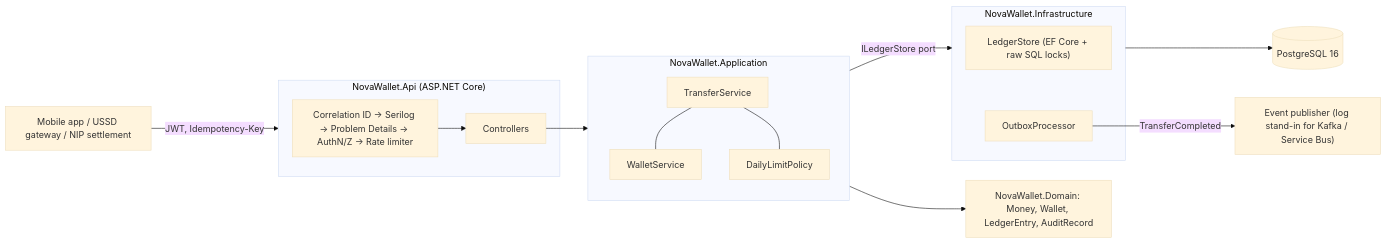
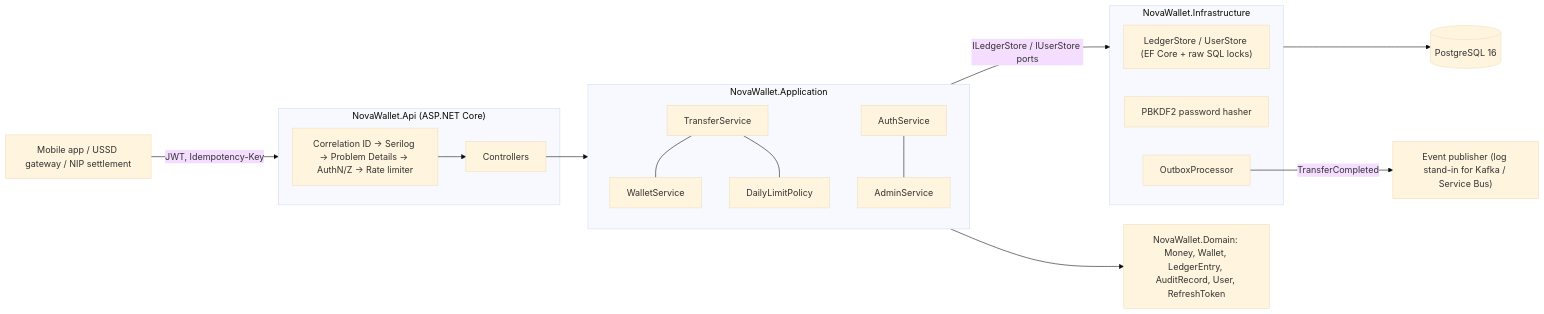
Before and after one commit to ikenna042/novawallet: the diagram in README.md, drawn with Mermaid (base theme). The commit also changed other lines of this file and 48 other files, not shown here.

First line of the commit message:
Replace mock token issuer with real sign-in and an admin flow

````diff
--- a/README.md
+++ b/README.md
@@ -158,20 +204,22 @@
 ```mermaid
 flowchart LR
     Client["Mobile app / USSD gateway / NIP settlement"] -->|JWT, Idempotency-Key| Api
     subgraph Api["NovaWallet.Api (ASP.NET Core)"]
       MW["Correlation ID → Serilog → Problem Details → AuthN/Z → Rate limiter"] --> Ctl[Controllers]
     end
     Ctl --> App
     subgraph App["NovaWallet.Application"]
       TS[TransferService] --- WS[WalletService]
       TS --- DL[DailyLimitPolicy]
+      AS[AuthService] --- ADS[AdminService]
     end
-    App -->|ILedgerStore port| Infra
+    App -->|ILedgerStore / IUserStore ports| Infra
     subgraph Infra["NovaWallet.Infrastructure"]
-      LS["LedgerStore (EF Core + raw SQL locks)"]
+      LS["LedgerStore / UserStore (EF Core + raw SQL locks)"]
+      PH["PBKDF2 password hasher"]
       OP[OutboxProcessor]
     end
     Infra --> PG[(PostgreSQL 16)]
     OP -->|TransferCompleted| Broker["Event publisher (log stand-in for Kafka / Service Bus)"]
-    App --> Dom["NovaWallet.Domain: Money, Wallet, LedgerEntry, AuditRecord"]
+    App --> Dom["NovaWallet.Domain: Money, Wallet, LedgerEntry, AuditRecord, User, RefreshToken"]
 ```
````
